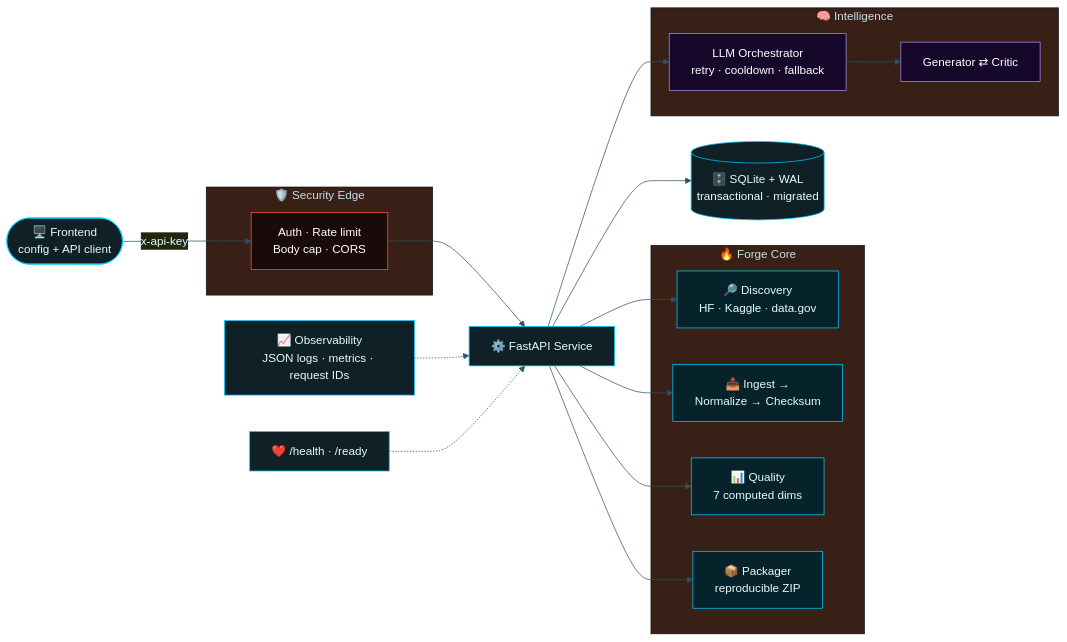
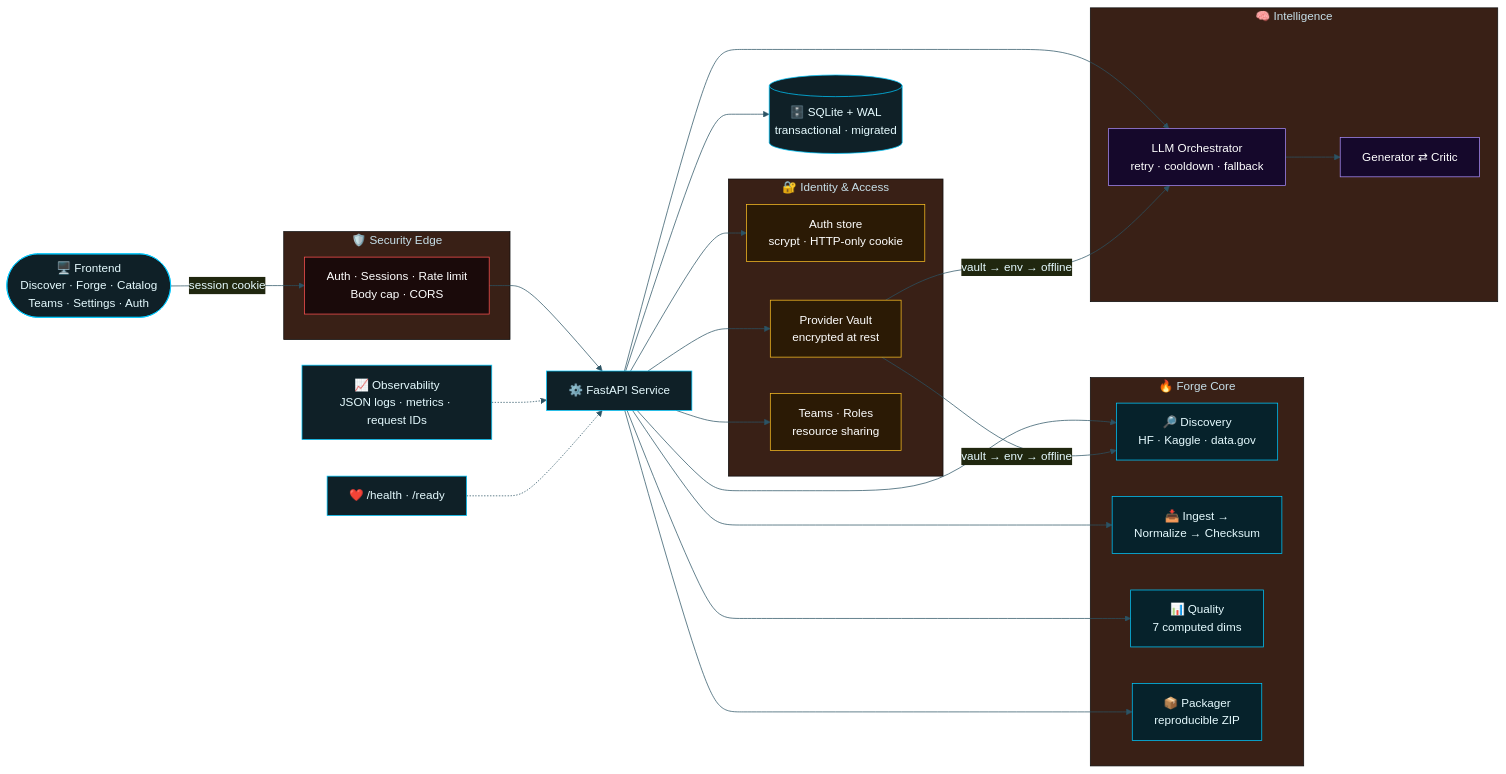
The diagram in README.md (NamelessMonsterr/Data-Forge), drawn with Mermaid before and after one commit. The commit also changed other lines of this file and 34 other files, not shown here.

Commit message:
Add auth vault teams and provider credentials

````diff
--- a/README.md
+++ b/README.md
@@ -89,37 +92,47 @@
 ```mermaid
 %%{init: {'theme':'base','themeVariables':{'primaryColor':'#0F2027','primaryTextColor':'#E6FBFF','primaryBorderColor':'#00C9FF','lineColor':'#2C5364','fontFamily':'JetBrains Mono'}}}%%
 flowchart LR
-    UI(["🖥️  Frontend<br/>config + API client"]) -->|x-api-key| GW
+    UI(["🖥️  Frontend<br/>Discover · Forge · Catalog<br/>Teams · Settings · Auth"]) -->|session cookie| GW
 
     subgraph EDGE["🛡️ Security Edge"]
-        GW["Auth · Rate limit<br/>Body cap · CORS"]
+        GW["Auth · Sessions · Rate limit<br/>Body cap · CORS"]
     end
 
     GW --> API["⚙️ FastAPI Service"]
+
+    subgraph IDN["🔐 Identity & Access"]
+        AUTH["Auth store<br/>scrypt · HTTP-only cookie"]
+        VAULT["Provider Vault<br/>encrypted at rest"]
+        TEAMS["Teams · Roles<br/>resource sharing"]
+    end
 
     subgraph CORE["🔥 Forge Core"]
         DISC["🔎 Discovery<br/>HF · Kaggle · data.gov"]
         ING["📥 Ingest →<br/>Normalize → Checksum"]
         QUAL["📊 Quality<br/>7 computed dims"]
         PKG["📦 Packager<br/>reproducible ZIP"]
     end
 
     subgraph AI["🧠 Intelligence"]
         ORCH["LLM Orchestrator<br/>retry · cooldown · fallback"]
         AGENTS["Generator ⇄ Critic"]
     end
 
+    API --> AUTH & VAULT & TEAMS
     API --> DISC & ING & QUAL & PKG
     API --> ORCH --> AGENTS
+    VAULT -->|vault → env → offline| ORCH & DISC
     API --> REPO[("🗄️ SQLite + WAL<br/>transactional · migrated")]
 
     OBS["📈 Observability<br/>JSON logs · metrics · request IDs"] -.-> API
     HEALTH["❤️ /health · /ready"] -.-> API
 
     classDef edge fill:#1a0a0a,stroke:#FF5252,color:#fff;
+    classDef idn fill:#2b1a05,stroke:#FBBF24,color:#fff;
     classDef core fill:#06222b,stroke:#00C9FF,color:#E6FBFF;
     classDef ai fill:#15082b,stroke:#A78BFA,color:#fff;
     class GW edge;
+    class AUTH,VAULT,TEAMS idn;
     class DISC,ING,QUAL,PKG core;
     class ORCH,AGENTS ai;
 ```
````
